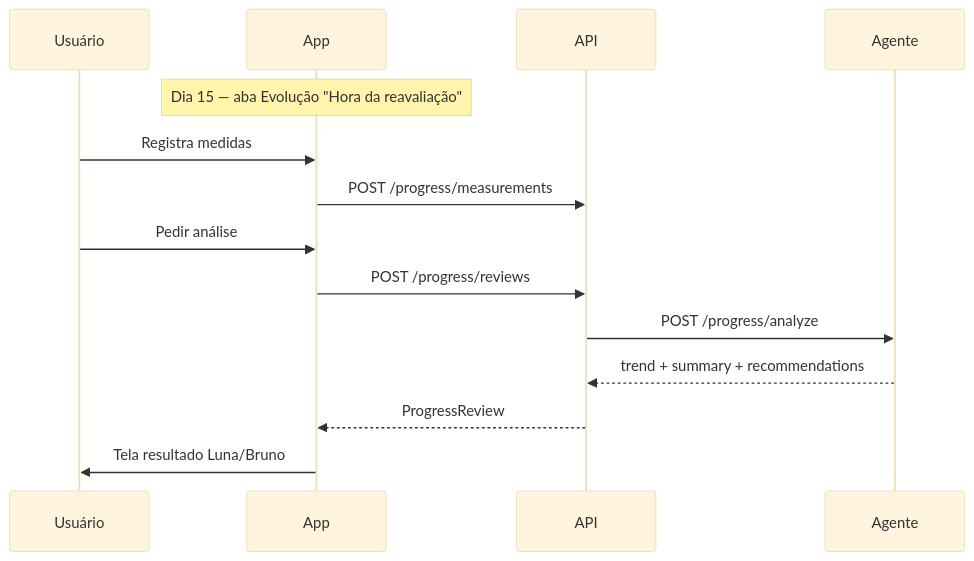
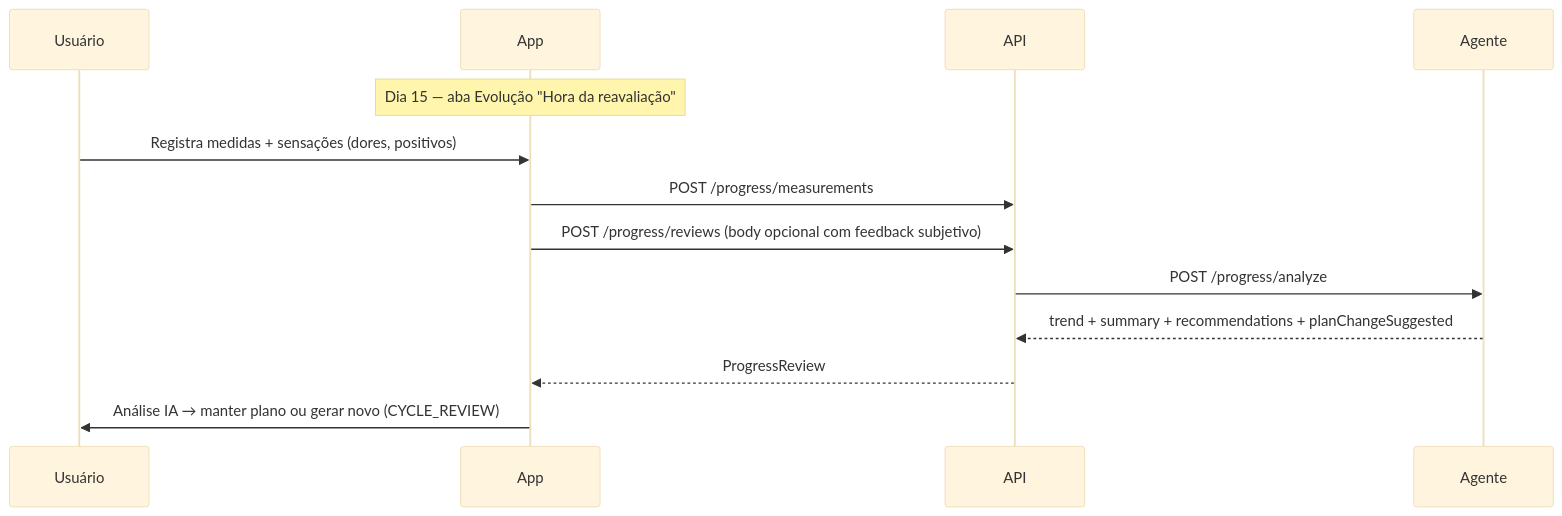
The first of 2 diagrams in docs/PROGRESS_ANALYSIS.md (Silasfelipegarcia/nutriplus-api), drawn with Mermaid (base theme) before and after one commit. The commit also changed other lines of this file and 1 other file, not shown here.

Commit message:
docs: document controlled plan regeneration and enriched 15-day review.
Add PLAN_REGENERATION.md and extend PROGRESS_ANALYSIS with subjective feedback and plan-change suggestion contract.

````diff
--- a/docs/PROGRESS_ANALYSIS.md
+++ b/docs/PROGRESS_ANALYSIS.md
@@ -88,17 +88,16 @@
 ```mermaid
 sequenceDiagram
     participant U as Usuário
     participant App
     participant API
     participant Agente
 
     Note over App: Dia 15 — aba Evolução "Hora da reavaliação"
-    U->>App: Registra medidas
+    U->>App: Registra medidas + sensações (dores, positivos)
     App->>API: POST /progress/measurements
-    U->>App: Pedir análise
-    App->>API: POST /progress/reviews
+    App->>API: POST /progress/reviews (body opcional com feedback subjetivo)
     API->>Agente: POST /progress/analyze
-    Agente-->>API: trend + summary + recommendations
+    Agente-->>API: trend + summary + recommendations + planChangeSuggested
     API-->>App: ProgressReview
-    App->>U: Tela resultado Luna/Bruno
+    App->>U: Análise IA → manter plano ou gerar novo (CYCLE_REVIEW)
 ```
````
